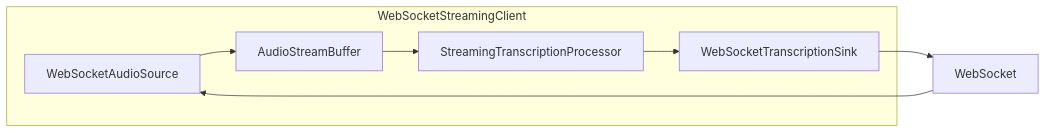
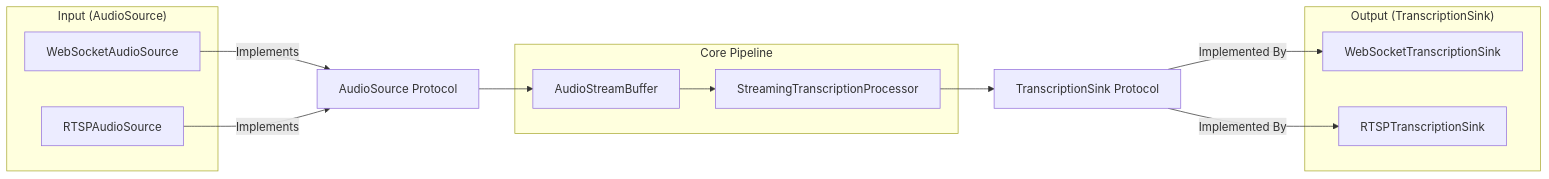
The second of 6 diagrams in ARCHITECTURE.md (shyndman/lmnop-eavesdrop), drawn with Mermaid before and after one commit. The commit also changed other lines of this file, not shown here.

Commit message:
Update architecture doc so hopefully I can perform some analysis

````diff
--- a/ARCHITECTURE.md
+++ b/ARCHITECTURE.md
@@ -131,15 +87,27 @@
 ```mermaid
 graph LR
-    subgraph "WebSocketStreamingClient"
-        AUDIO_SOURCE[WebSocketAudioSource]
-        AUDIO_BUFFER[AudioStreamBuffer]
-        TRANSCRIPTION_PROC[StreamingTranscriptionProcessor]
-        WS_SINK[WebSocketTranscriptionSink]
+    subgraph "Input (AudioSource)"
+        WebSocketAudioSource[WebSocketAudioSource]
+        RTSPAudioSource[RTSPAudioSource]
     end
 
-    WEBSOCKET[WebSocket] --> AUDIO_SOURCE
-    AUDIO_SOURCE --> AUDIO_BUFFER
-    AUDIO_BUFFER --> TRANSCRIPTION_PROC
-    TRANSCRIPTION_PROC --> WS_SINK
-    WS_SINK --> WEBSOCKET
+    subgraph "Core Pipeline"
+        AudioStreamBuffer
+        StreamingTranscriptionProcessor
+    end
+
+    subgraph "Output (TranscriptionSink)"
+        WebSocketTranscriptionSink[WebSocketTranscriptionSink]
+        RTSPTranscriptionSink[RTSPTranscriptionSink]
+    end
+
+    WebSocketAudioSource -- Implements --> AudioSource[AudioSource Protocol]
+    RTSPAudioSource -- Implements --> AudioSource
+
+    AudioSource --> AudioStreamBuffer --> StreamingTranscriptionProcessor
+
+    StreamingTranscriptionProcessor --> TranscriptionSink[TranscriptionSink Protocol]
+
+    TranscriptionSink -- Implemented By --> WebSocketTranscriptionSink
+    TranscriptionSink -- Implemented By --> RTSPTranscriptionSink
 ```
````
